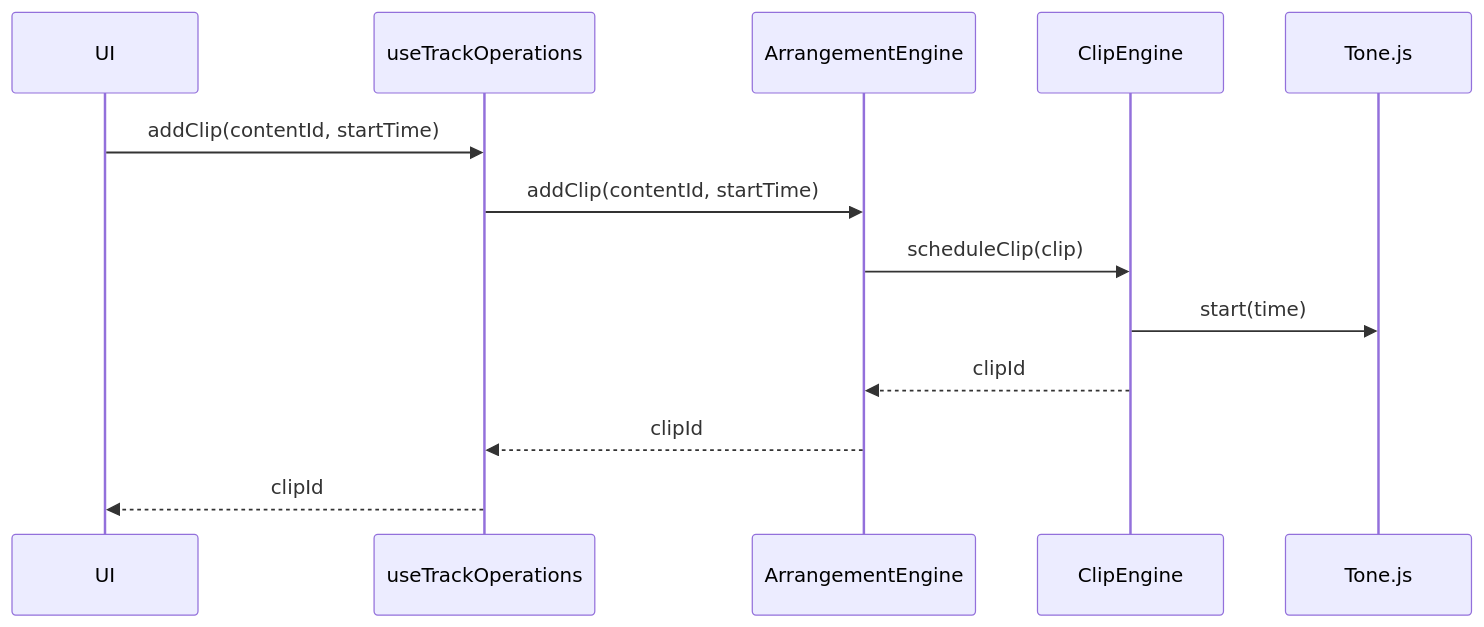
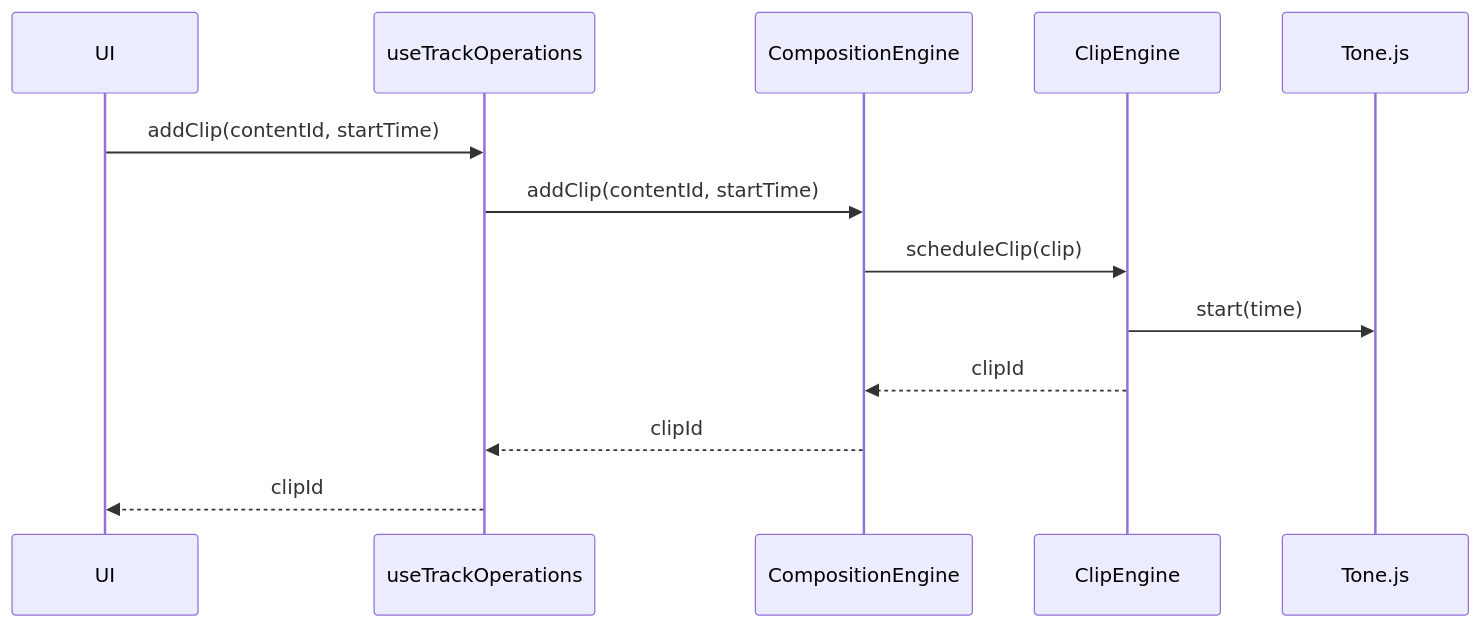
The third of 9 diagrams in README.md (yannmazita/daw.ts), drawn with Mermaid before and after one commit. The commit also changed other lines of this file and 31 other files, not shown here.

````diff
--- a/README.md
+++ b/README.md
@@ -104,15 +104,15 @@
 ```mermaid
 sequenceDiagram
     participant UI
     participant useTrackOperations
-    participant ArrangementEngine
+    participant CompositionEngine
     participant ClipEngine
 
     UI->>useTrackOperations: addClip(contentId, startTime)
-    useTrackOperations->>ArrangementEngine: addClip(contentId, startTime)
-    ArrangementEngine->>ClipEngine: scheduleClip(clip)
+    useTrackOperations->>CompositionEngine: addClip(contentId, startTime)
+    CompositionEngine->>ClipEngine: scheduleClip(clip)
     ClipEngine->>Tone.js: start(time)
-    ClipEngine-->>ArrangementEngine: clipId
-    ArrangementEngine-->>useTrackOperations: clipId
+    ClipEngine-->>CompositionEngine: clipId
+    CompositionEngine-->>useTrackOperations: clipId
     useTrackOperations-->>UI: clipId
 ```
````
